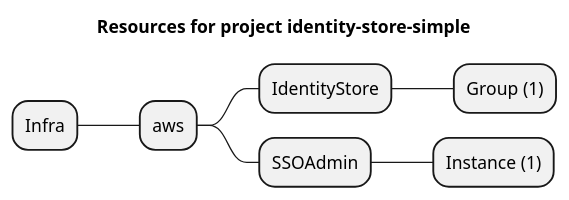
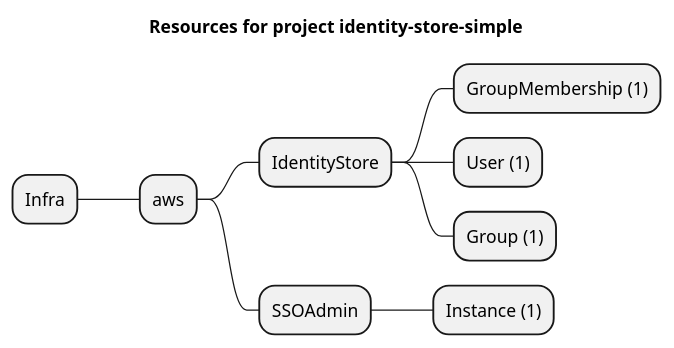
The diagram in examples/aws/IdentityStore/identity-store-simple/artifacts/resources-mindmap.puml (grucloud/grucloud), drawn with PlantUML before and after one commit. The commit also changed 9 other files, not shown here.

Commit message:
IdentityStoreGroupMembership

```diff
--- a/examples/aws/IdentityStore/identity-store-simple/artifacts/resources-mindmap.puml
+++ b/examples/aws/IdentityStore/identity-store-simple/artifacts/resources-mindmap.puml
@@ -1,10 +1,12 @@
 @startmindmap
 title Resources for project identity-store-simple
 skinparam monochrome true
 + Infra
 ++ aws
 +++ IdentityStore
+++++ GroupMembership (1)
+++++ User (1)
 ++++ Group (1)
 +++ SSOAdmin
 ++++ Instance (1)
 @endmindmap
```
